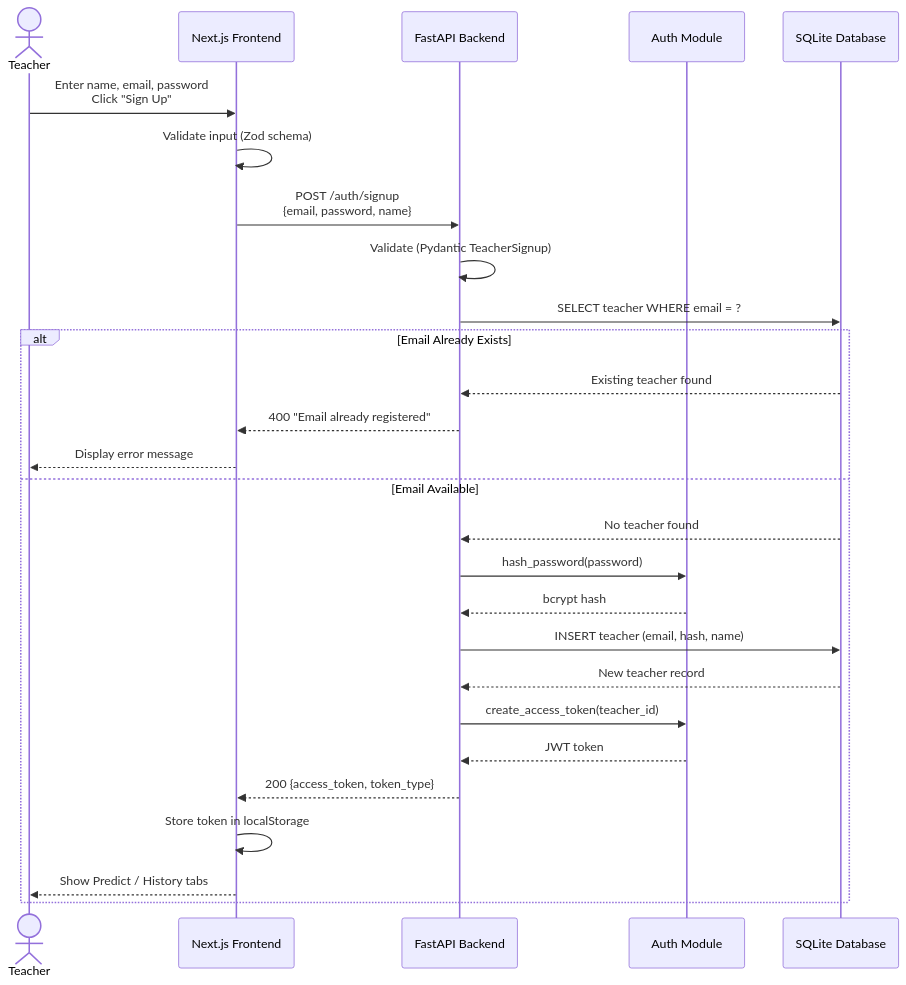
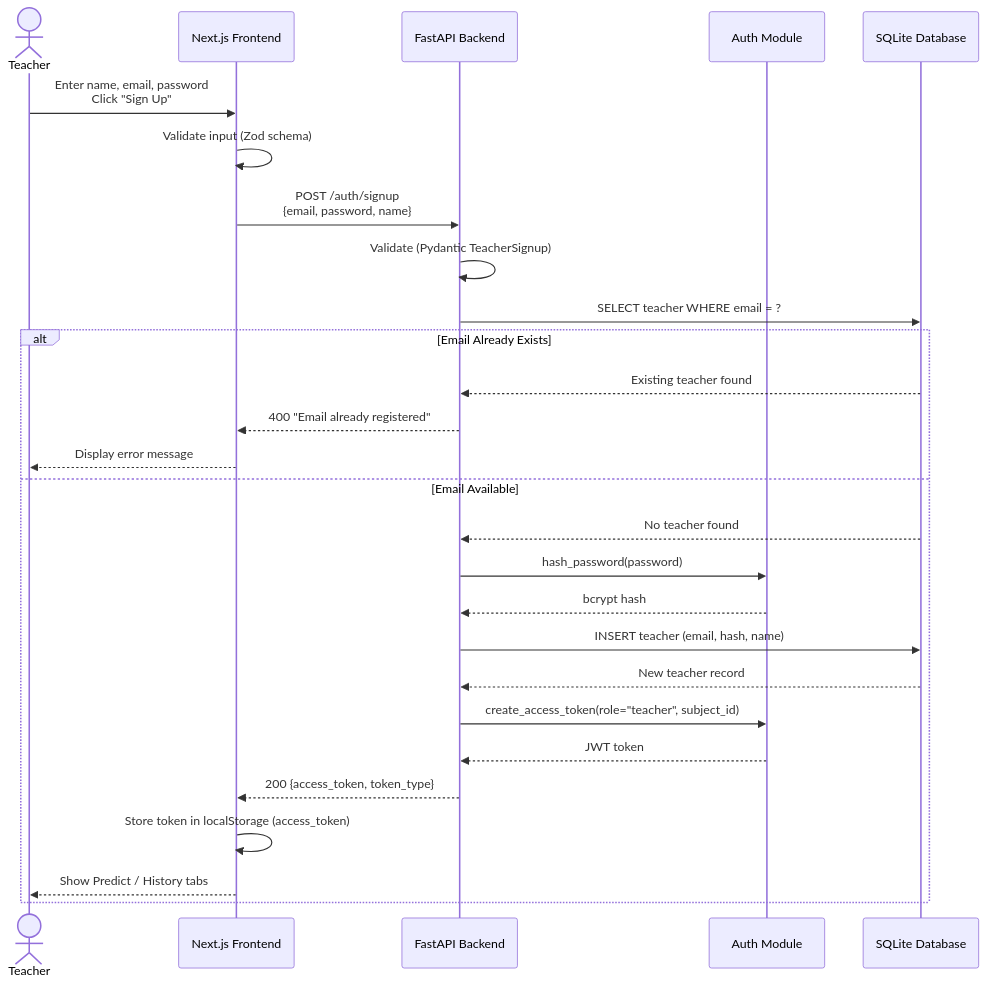
One commit to vrroshni/student-analyser changed the fifth of 5 diagrams in diagram/08_sequence_diagrams.md. Above: the diagram before and after it, drawn with Mermaid. The commit also changed other lines of this file and 26 other files, not shown here.

````diff
--- a/diagram/08_sequence_diagrams.md
+++ b/diagram/08_sequence_diagrams.md
@@ -122,31 +159,31 @@
 ```mermaid
 sequenceDiagram
     actor Teacher
     participant Frontend as Next.js Frontend
     participant Backend as FastAPI Backend
     participant Auth as Auth Module
     participant DB as SQLite Database
 
     Teacher->>Frontend: Enter name, email, password<br/>Click "Sign Up"
     Frontend->>Frontend: Validate input (Zod schema)
     Frontend->>Backend: POST /auth/signup<br/>{email, password, name}
     Backend->>Backend: Validate (Pydantic TeacherSignup)
     Backend->>DB: SELECT teacher WHERE email = ?
 
     alt Email Already Exists
         DB-->>Backend: Existing teacher found
         Backend-->>Frontend: 400 "Email already registered"
         Frontend-->>Teacher: Display error message
     else Email Available
         DB-->>Backend: No teacher found
         Backend->>Auth: hash_password(password)
         Auth-->>Backend: bcrypt hash
         Backend->>DB: INSERT teacher (email, hash, name)
         DB-->>Backend: New teacher record
-        Backend->>Auth: create_access_token(teacher_id)
+        Backend->>Auth: create_access_token(role="teacher", subject_id)
         Auth-->>Backend: JWT token
         Backend-->>Frontend: 200 {access_token, token_type}
-        Frontend->>Frontend: Store token in localStorage
+        Frontend->>Frontend: Store token in localStorage (access_token)
         Frontend-->>Teacher: Show Predict / History tabs
     end
 ```
````
